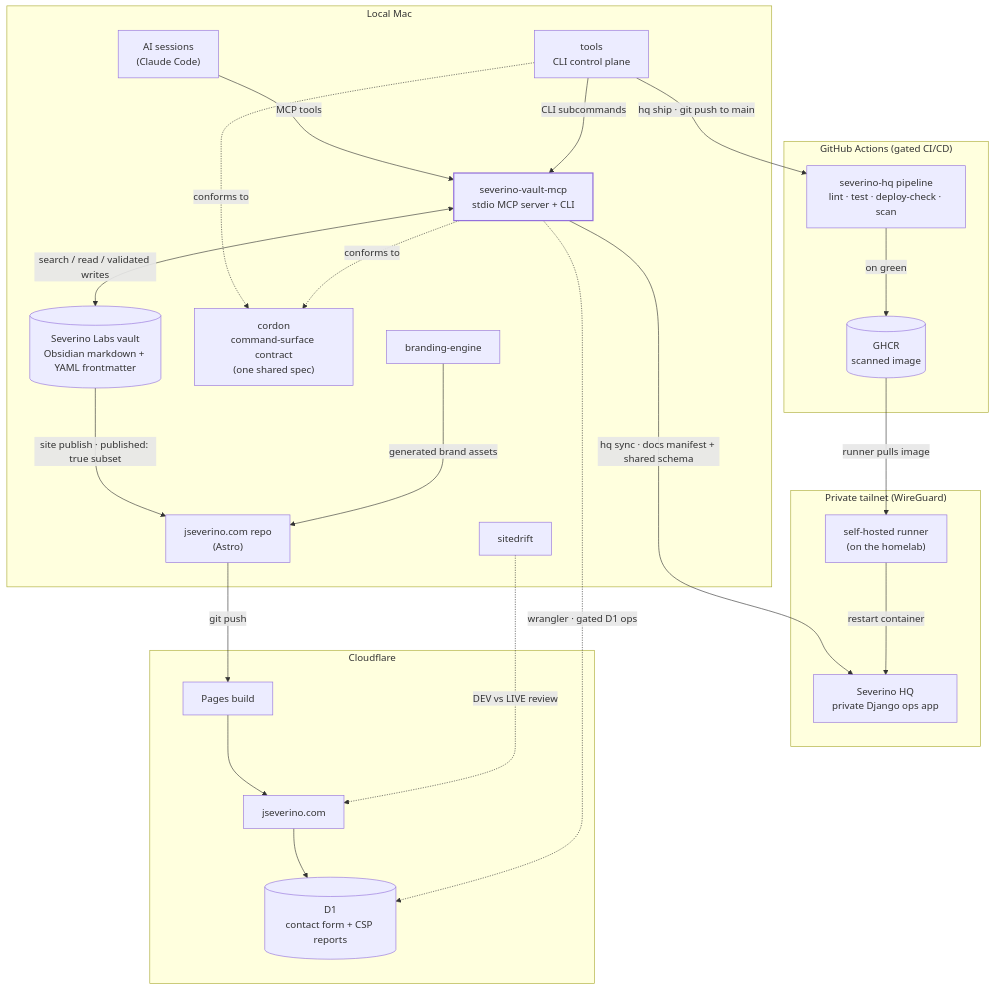
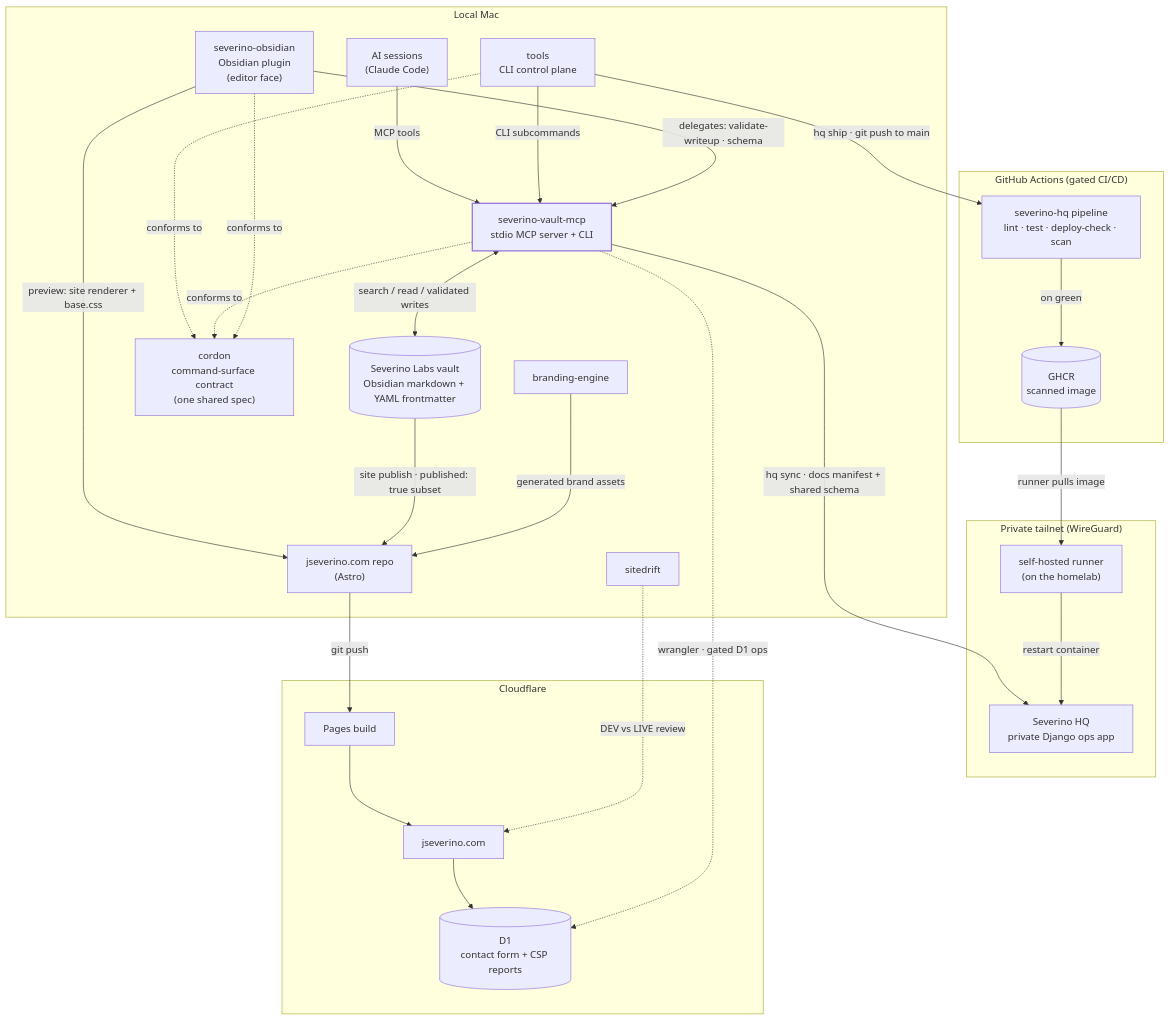
Before and after one commit to joeseverino/joeseverino: the diagram in docs/diagrams/architecture.mmd, drawn with Mermaid. The commit also changed 3 other files, not shown here.

Commit message:
docs: editor face in the architecture, MCP command surface + TUIs

```diff
--- a/docs/diagrams/architecture.mmd
+++ b/docs/diagrams/architecture.mmd
@@ -1,50 +1,54 @@
 %%{init: {'flowchart': {'rankSpacing': 80, 'nodeSpacing': 55}}}%%
 flowchart TB
     subgraph mac["Local Mac"]
         vault[("Severino Labs vault<br/>Obsidian markdown + YAML frontmatter")]
         mcp["severino-vault-mcp<br/>stdio MCP server + CLI"]
         ai["AI sessions<br/>(Claude Code)"]
         tools["tools<br/>CLI control plane"]
+        obsidian["severino-obsidian<br/>Obsidian plugin<br/>(editor face)"]
         cordon["cordon<br/>command-surface contract<br/>(one shared spec)"]
         siterepo["jseverino.com repo<br/>(Astro)"]
         brand["branding-engine"]
         drift["sitedrift"]
     end
 
     subgraph gh["GitHub Actions (gated CI/CD)"]
         ci["severino-hq pipeline<br/>lint · test · deploy-check · scan"]
         ghcr[("GHCR<br/>scanned image")]
     end
 
     subgraph tailnet["Private tailnet (WireGuard)"]
         runner["self-hosted runner<br/>(on the homelab)"]
         hq["Severino HQ<br/>private Django ops app"]
     end
 
     subgraph cf["Cloudflare"]
         pages["Pages build"]
         site["jseverino.com"]
         d1[("D1<br/>contact form + CSP reports")]
     end
 
     ai -->|"MCP tools"| mcp
     tools -->|"CLI subcommands"| mcp
+    obsidian -->|"delegates: validate-writeup · schema"| mcp
+    obsidian -->|"preview: site renderer + base.css"| siterepo
     mcp <-->|"search / read / validated writes"| vault
     mcp -->|"hq sync · docs manifest + shared schema"| hq
     tools -->|"hq ship · git push to main"| ci
     ci -->|"on green"| ghcr
     ghcr -->|"runner pulls image"| runner
     runner -->|"restart container"| hq
     vault -->|"site publish · published: true subset"| siterepo
     brand -->|"generated brand assets"| siterepo
     siterepo -->|"git push"| pages
     pages --> site
     site --> d1
     mcp -.->|"wrangler · gated D1 ops"| d1
     drift -.->|"DEV vs LIVE review"| site
     tools -.->|"conforms to"| cordon
     mcp -.->|"conforms to"| cordon
+    obsidian -.->|"conforms to"| cordon
 
     %% the control-plane hub every surface flows through — styled by .anchor in the shared theme
     classDef anchor stroke-width:2px;
     class mcp anchor;
```
